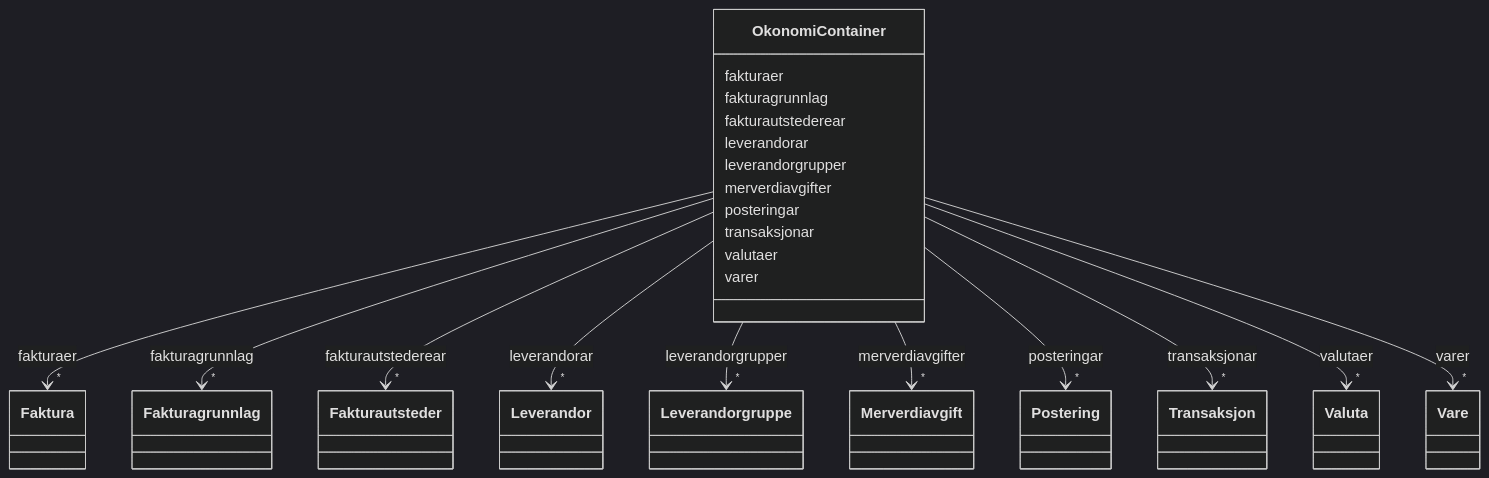
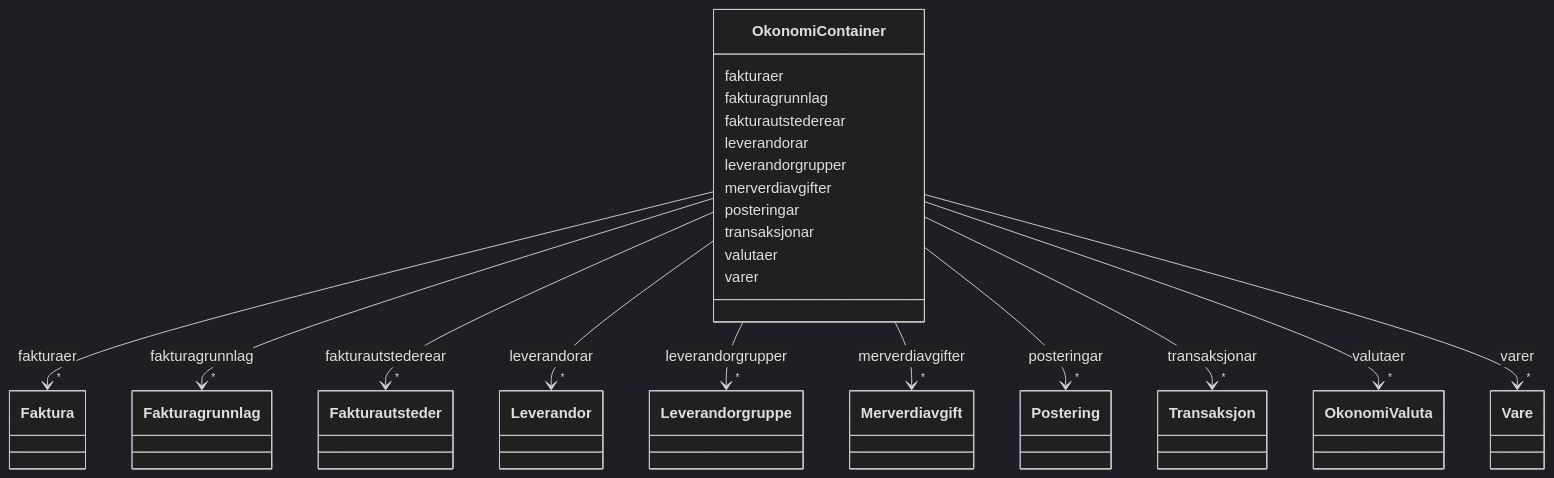
Before and after one commit to brreg/linkml-datamodellering-no: the diagram in mkdocs/docs/fint/fint-okonomi/klasser/OkonomiContainer.md, drawn with Mermaid (dark theme). The commit also changed other lines of this file and 2335 other files, not shown here.

```diff
--- a/mkdocs/docs/fint/fint-okonomi/klasser/OkonomiContainer.md
+++ b/mkdocs/docs/fint/fint-okonomi/klasser/OkonomiContainer.md
@@ -113,8 +113,8 @@
     
         
         
-        OkonomiContainer --> "*" Valuta : valutaer
-        click Valuta href "../Valuta/"
+        OkonomiContainer --> "*" OkonomiValuta : valutaer
+        click OkonomiValuta href "../OkonomiValuta/"
     
 
         
```
